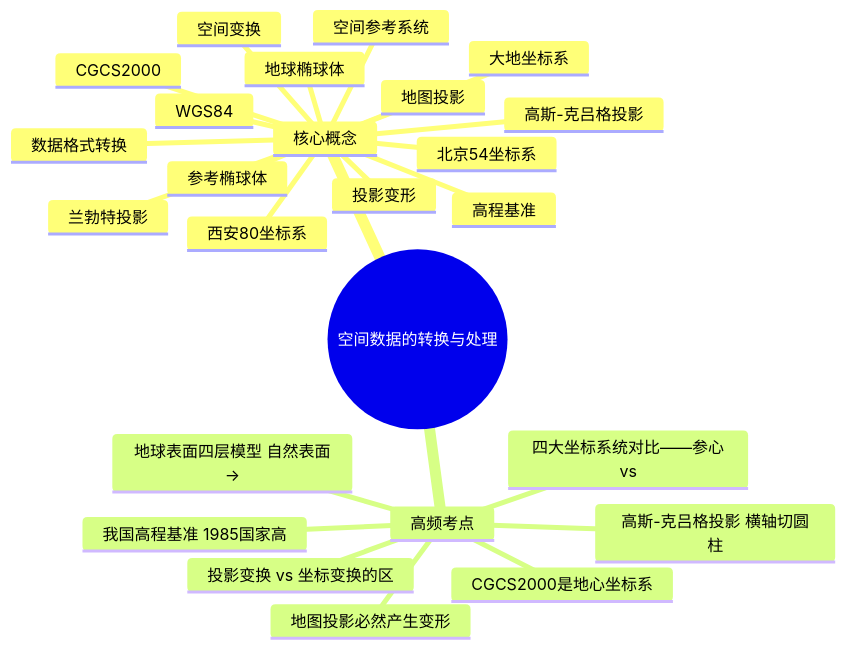
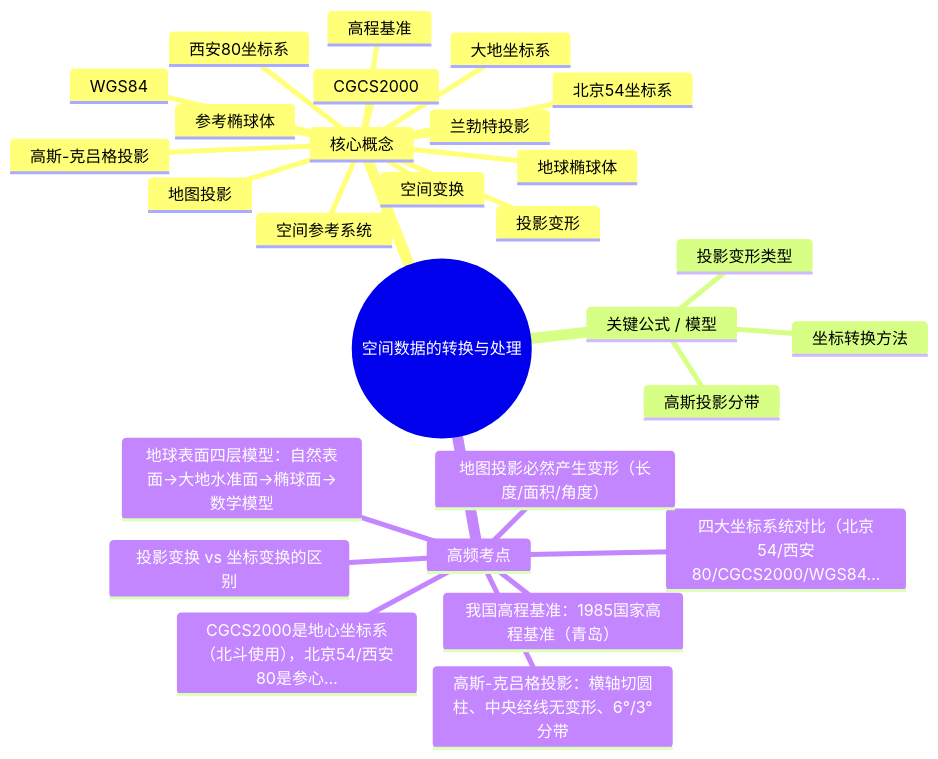
One commit to dao-genesis/xuexi-fuxi changed the diagram in 地理信息系统/02_解析成果/_素材/_第03章_空间数据的转换与处理.md. Above: the diagram before and after it, drawn with Mermaid. The commit also changed other lines of this file and 47 other files, not shown here.

````diff
--- a/地理信息系统/02_解析成果/_素材/_第03章_空间数据的转换与处理.md
+++ b/地理信息系统/02_解析成果/_素材/_第03章_空间数据的转换与处理.md
@@ -1546,28 +1549,31 @@
 ```mermaid
 mindmap
   root((空间数据的转换与处理))
     核心概念
       空间参考系统
       地球椭球体
       参考椭球体
       大地坐标系
       北京54坐标系
       西安80坐标系
       CGCS2000
       WGS84
       高程基准
       地图投影
       投影变形
       高斯-克吕格投影
       兰勃特投影
       空间变换
-      数据格式转换
+    关键公式 / 模型
+      投影变形类型
+      高斯投影分带
+      坐标转换方法
     高频考点
-      四大坐标系统对比——参心vs
-      地球表面四层模型 自然表面→
-      地图投影必然产生变形
-      高斯-克吕格投影 横轴切圆柱
-      我国高程基准 1985国家高
-      投影变换 vs 坐标变换的区
-      CGCS2000是地心坐标系
+      四大坐标系统对比（北京54/西安80/CGCS2000/WGS84…
+      地球表面四层模型：自然表面→大地水准面→椭球面→数学模型
+      地图投影必然产生变形（长度/面积/角度）
+      高斯-克吕格投影：横轴切圆柱、中央经线无变形、6°/3°分带
+      我国高程基准：1985国家高程基准（青岛）
+      投影变换 vs 坐标变换的区别
+      CGCS2000是地心坐标系（北斗使用），北京54/西安80是参心…
 ```
````
